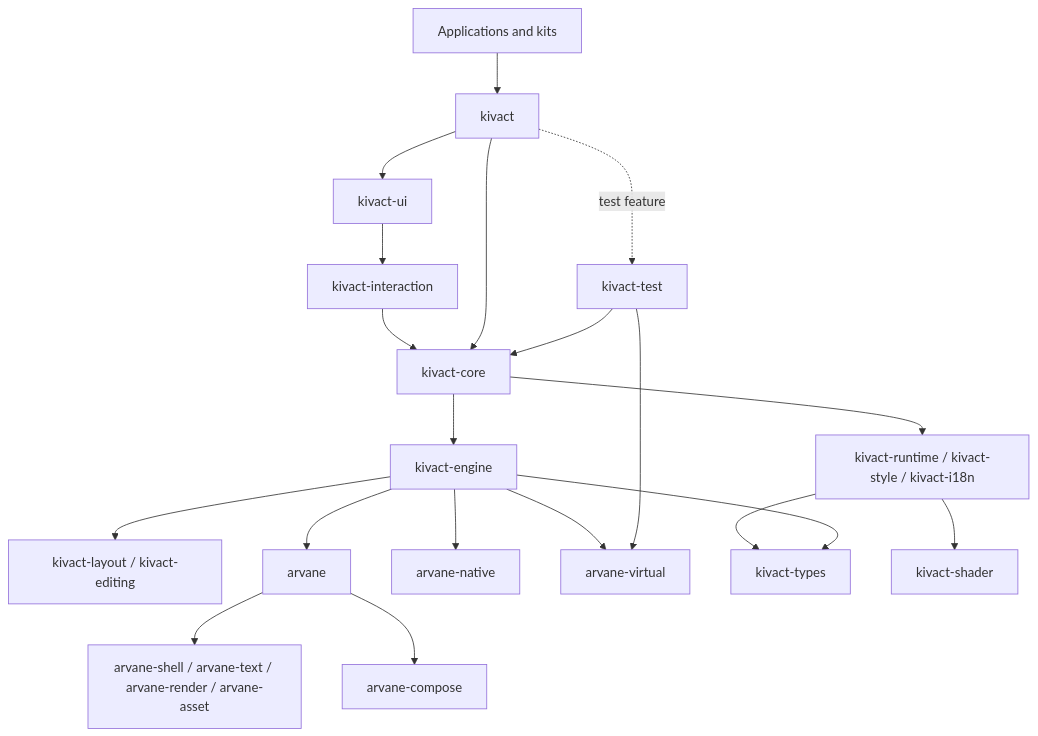
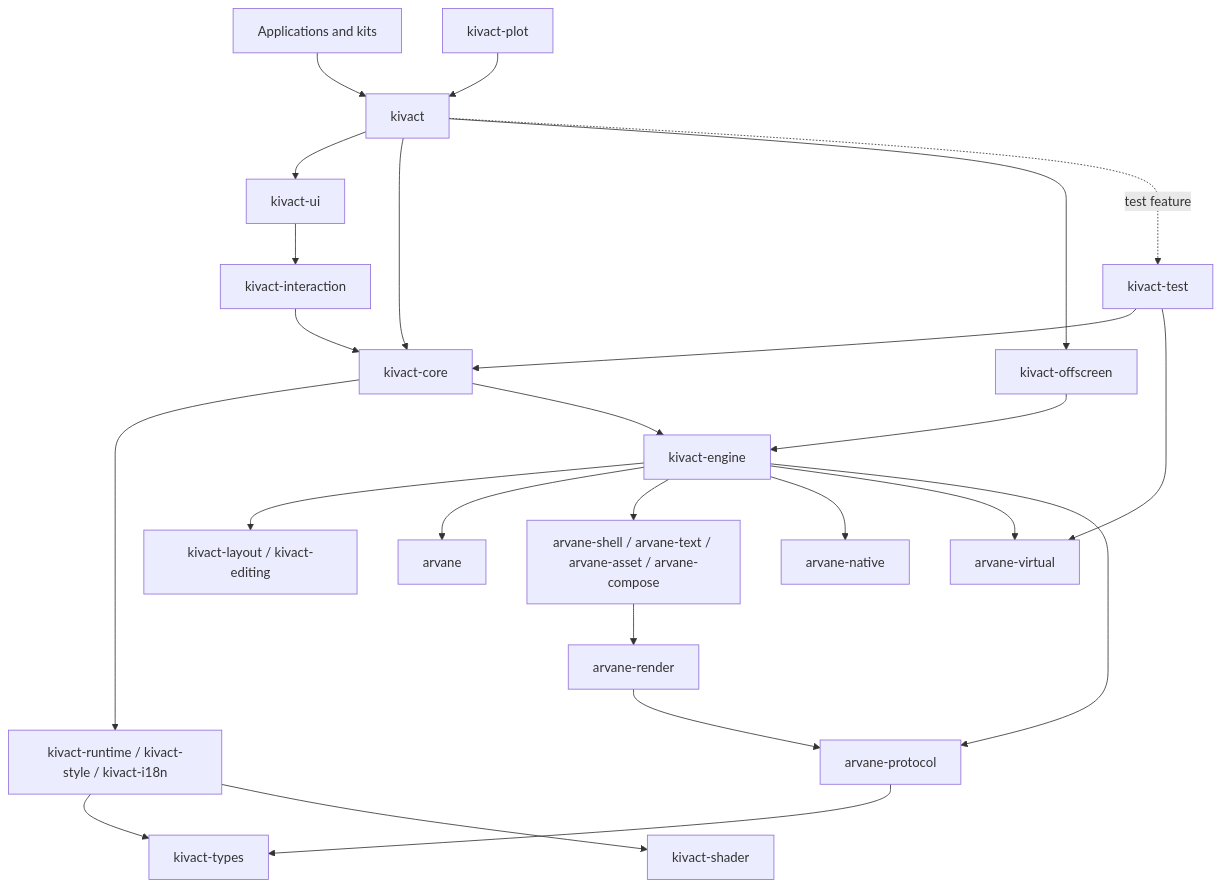
The diagram in README.md (Kashiwade-music/kivact), drawn with Mermaid before and after one commit. The commit also changed other lines of this file and 3142 other files, not shown here.

````diff
--- a/README.md
+++ b/README.md
@@ -102,22 +110,27 @@
 ```mermaid
 flowchart TD
     Apps[Applications and kits] --> Facade[kivact]
+    Plot[kivact-plot] --> Facade
     Facade --> UI[kivact-ui]
     UI --> Interaction[kivact-interaction]
     Interaction --> Core[kivact-core]
     Facade --> Core
+    Facade --> Offscreen[kivact-offscreen]
+    Offscreen --> Engine
     Core --> Runtime[kivact-runtime / kivact-style / kivact-i18n]
     Core --> Engine[kivact-engine]
     Engine --> Geometry[kivact-layout / kivact-editing]
     Engine --> Host[arvane]
-    Host --> Adapters[arvane-shell / arvane-text / arvane-render / arvane-asset]
-    Host --> Compose[arvane-compose]
+    Engine --> Adapters[arvane-shell / arvane-text / arvane-asset / arvane-compose]
     Engine --> Native[arvane-native]
     Engine --> Virtual[arvane-virtual]
+    Engine --> Protocol[arvane-protocol]
+    Adapters --> Render[arvane-render]
+    Render --> Protocol
     Facade -. test feature .-> Test[kivact-test]
     Test --> Core
     Test --> Virtual
     Runtime --> Types[kivact-types]
     Runtime --> Shader[kivact-shader]
-    Engine --> Types
+    Protocol --> Types
 ```
````
